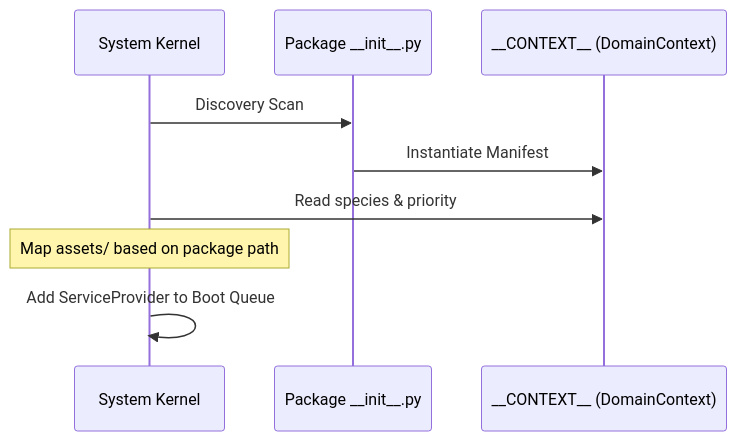
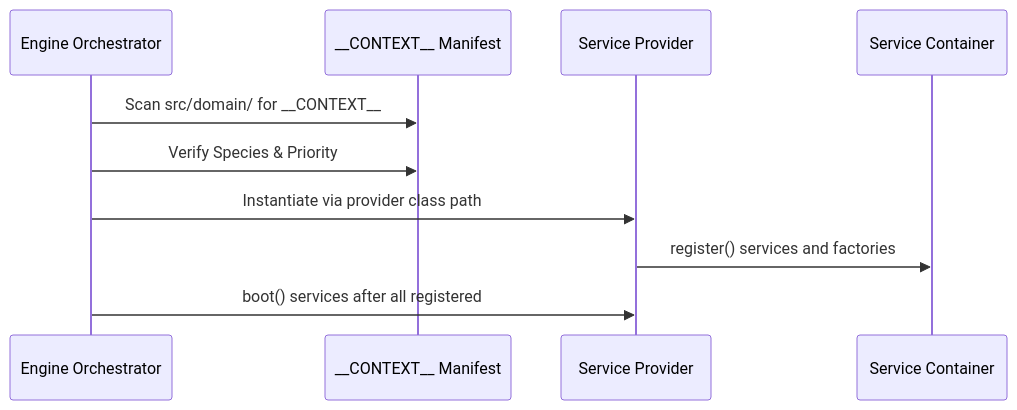
One commit to mnaatjes/oregon-trail-clone changed the diagram in docs/explanation/design/domain_context_contract.md. Above: the diagram before and after it, drawn with Mermaid. The commit also changed other lines of this file and 10 other files, not shown here.

````diff
--- a/docs/explanation/design/domain_context_contract.md
+++ b/docs/explanation/design/domain_context_contract.md
@@ -39,12 +45,13 @@
 ```mermaid
 sequenceDiagram
-    participant K as System Kernel
-    participant P as Package __init__.py
-    participant C as __CONTEXT__ (DomainContext)
+    participant Orchestrator as Engine Orchestrator
+    participant Context as __CONTEXT__ Manifest
+    participant Provider as Service Provider
+    participant Container as Service Container
 
-    K->>P: Discovery Scan
-    P->>C: Instantiate Manifest
-    K->>C: Read species & priority
-    Note over K: Map assets/ based on package path
-    K->>K: Add ServiceProvider to Boot Queue
+    Orchestrator->>Context: Scan src/domain/ for __CONTEXT__
+    Orchestrator->>Context: Verify Species & Priority
+    Orchestrator->>Provider: Instantiate via provider class path
+    Provider->>Container: register() services and factories
+    Orchestrator->>Provider: boot() services after all registered
 ```
````
